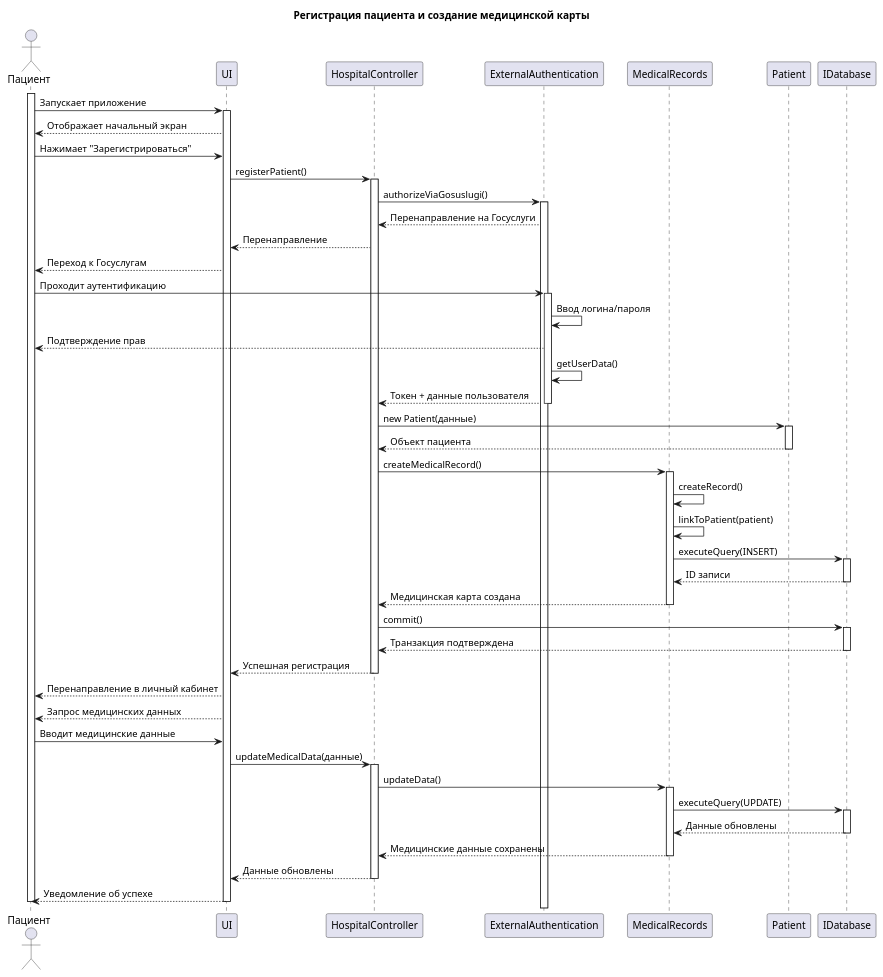
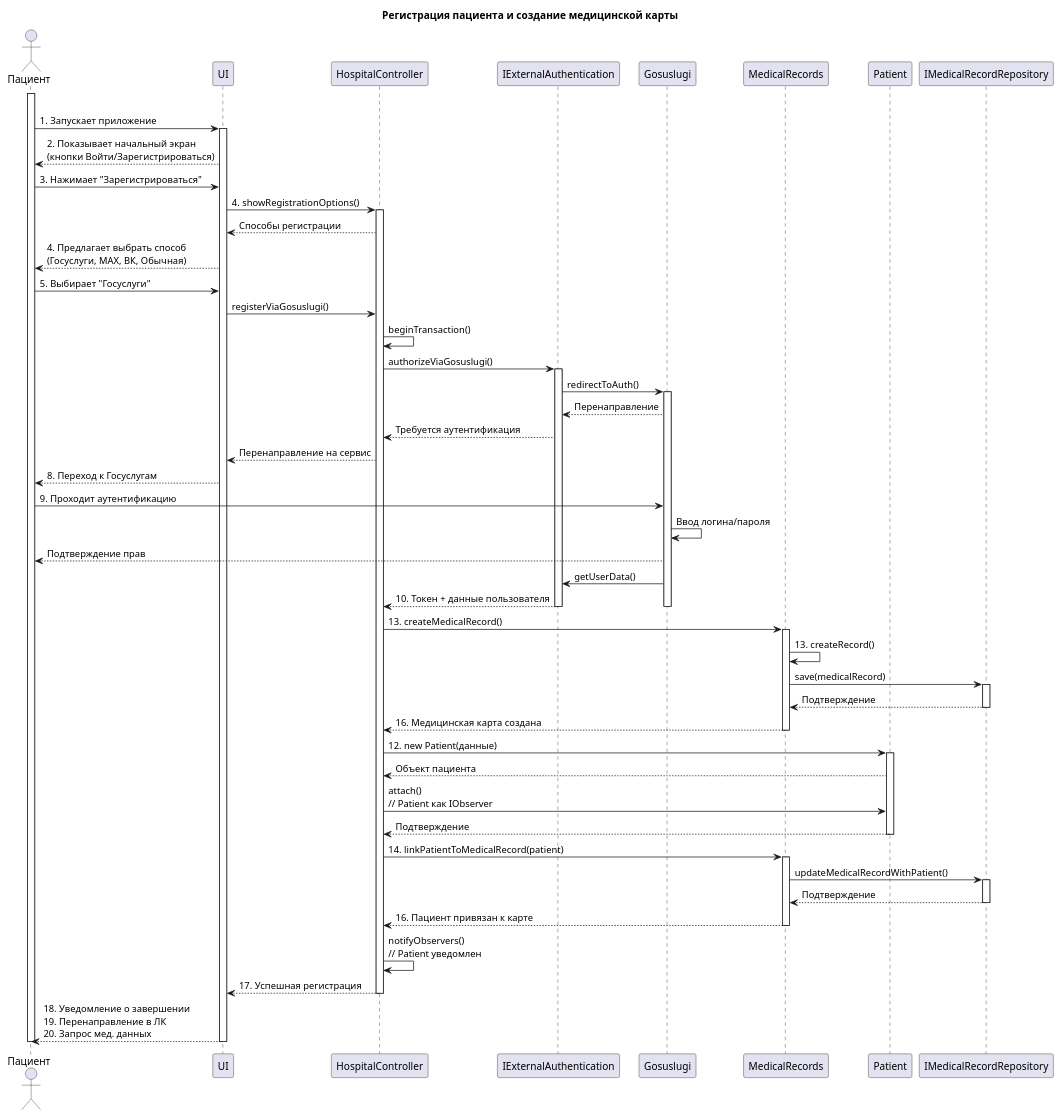
One commit to penamarth/bsbo-02-23_team5_var3_clinic changed the diagram in UseCase_Registration/SequenceDiagram.md. Above: the diagram before and after it, drawn with PlantUML.

```diff
--- a/UseCase_Registration/SequenceDiagram.md
+++ b/UseCase_Registration/SequenceDiagram.md
@@ -1,80 +1,79 @@
 @startuml
 title Регистрация пациента и создание медицинской карты
 
 actor "Пациент" as Patient
 participant "UI" as UI
 participant "HospitalController" as HC
-participant "ExternalAuthentication" as EA
+participant "IExternalAuthentication" as IEA
+participant "Gosuslugi" as GS
 participant "MedicalRecords" as MR
 participant "Patient" as P
-participant "IDatabase" as DB
+participant "IMedicalRecordRepository" as IMRRepo
 
+|||
 activate Patient
-Patient -> UI: Запускает приложение
+Patient -> UI: 1. Запускает приложение
 activate UI
-UI --> Patient: Отображает начальный экран
+UI --> Patient: 2. Показывает начальный экран\n(кнопки Войти/Зарегистрироваться)
 
-Patient -> UI: Нажимает "Зарегистрироваться"
-UI -> HC: registerPatient()
+Patient -> UI: 3. Нажимает "Зарегистрироваться"
+UI -> HC: 4. showRegistrationOptions()
 activate HC
+HC --> UI: Способы регистрации
+UI --> Patient: 4. Предлагает выбрать способ\n(Госуслуги, MAX, ВК, Обычная)
 
-HC -> EA: authorizeViaGosuslugi()
-activate EA
-EA --> HC: Перенаправление на Госуслуги
-HC --> UI: Перенаправление
-UI --> Patient: Переход к Госуслугам
+Patient -> UI: 5. Выбирает "Госуслуги"
+UI -> HC: registerViaGosuslugi()
+HC -> HC: beginTransaction()
+HC -> IEA: authorizeViaGosuslugi()
+activate IEA
+IEA -> GS: redirectToAuth()
+activate GS
+GS --> IEA: Перенаправление
+IEA --> HC: Требуется аутентификация
+HC --> UI: Перенаправление на сервис
+UI --> Patient: 8. Переход к Госуслугам
 
-Patient -> EA: Проходит аутентификацию
-activate EA
-EA -> EA: Ввод логина/пароля
-EA --> Patient: Подтверждение прав
-EA -> EA: getUserData()
-EA --> HC: Токен + данные пользователя
-deactivate EA
+Patient -> GS: 9. Проходит аутентификацию
+GS -> GS: Ввод логина/пароля
+GS --> Patient: Подтверждение прав
+GS -> IEA: getUserData()
+IEA --> HC: 10. Токен + данные пользователя
+deactivate GS
+deactivate IEA
 
-HC -> P: new Patient(данные)
+HC -> MR: 13. createMedicalRecord()
+activate MR
+MR -> MR: 13. createRecord()
+MR -> IMRRepo: save(medicalRecord)
+activate IMRRepo
+IMRRepo --> MR: Подтверждение
+deactivate IMRRepo
+MR --> HC: 16. Медицинская карта создана
+deactivate MR
+
+HC -> P: 12. new Patient(данные)
 activate P
 P --> HC: Объект пациента
+HC -> P: attach() \n// Patient как IObserver
+P --> HC: Подтверждение
 deactivate P
 
-HC -> MR: createMedicalRecord()
+HC -> MR: 14. linkPatientToMedicalRecord(patient)
 activate MR
-MR -> MR: createRecord()
-MR -> MR: linkToPatient(patient)
-MR -> DB: executeQuery(INSERT)
-activate DB
-DB --> MR: ID записи
-deactivate DB
-MR --> HC: Медицинская карта создана
+MR -> IMRRepo: updateMedicalRecordWithPatient()
+activate IMRRepo
+IMRRepo --> MR: Подтверждение
+deactivate IMRRepo
+MR --> HC: 16. Пациент привязан к карте
 deactivate MR
 
-HC -> DB: commit()
-activate DB
-DB --> HC: Транзакция подтверждена
-deactivate DB
-
-HC --> UI: Успешная регистрация
+HC -> HC: notifyObservers()\n// Patient уведомлен
+HC --> UI: 17. Успешная регистрация
 deactivate HC
 
-UI --> Patient: Перенаправление в личный кабинет
-UI --> Patient: Запрос медицинских данных
+UI --> Patient: 18. Уведомление о завершении\n19. Перенаправление в ЛК\n20. Запрос мед. данных
 
-Patient -> UI: Вводит медицинские данные
-UI -> HC: updateMedicalData(данные)
-activate HC
-HC -> MR: updateData()
-activate MR
-MR -> DB: executeQuery(UPDATE)
-activate DB
-DB --> MR: Данные обновлены
-deactivate DB
-MR --> HC: Медицинские данные сохранены
-deactivate MR
-HC --> UI: Данные обновлены
-deactivate HC
-
-UI --> Patient: Уведомление об успехе
 deactivate UI
 deactivate Patient
-
 @enduml
```
